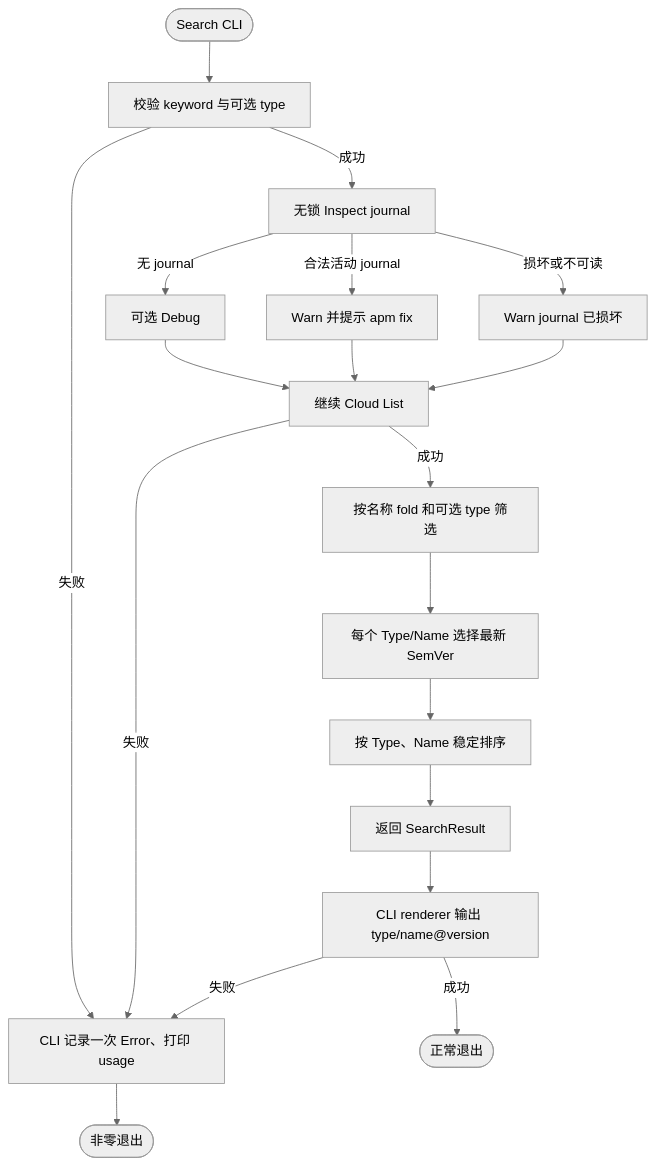
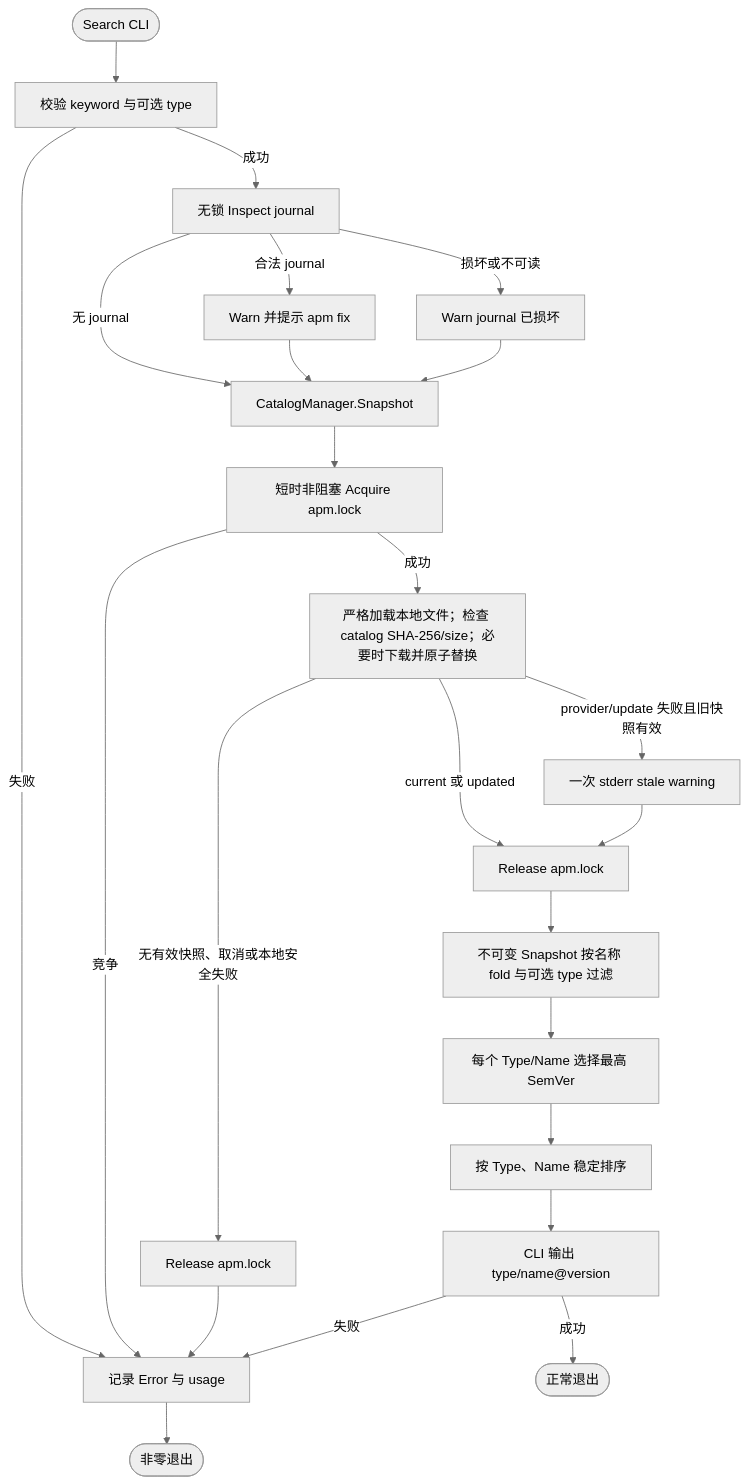
One commit to spacemit-com/agent-power-manager changed the diagram in ivory-tower/c4/components/apm-cli-lifecycle-diagrams/search.mmd. Above: the diagram before and after it, drawn with Mermaid (neutral theme). The commit also changed 17 other files, not shown here.

```diff
--- a/ivory-tower/c4/components/apm-cli-lifecycle-diagrams/search.mmd
+++ b/ivory-tower/c4/components/apm-cli-lifecycle-diagrams/search.mmd
@@ -1,18 +1,23 @@
 flowchart TD
-    SearchStart([Search CLI]) --> SearchValidate[校验 keyword 与可选 type]
-    SearchValidate -->|失败| SearchCLIError[CLI 记录一次 Error、打印 usage] --> SearchExitError([非零退出])
-    SearchValidate -->|成功| Inspect[无锁 Inspect journal]
-    Inspect -->|无 journal| Debug[可选 Debug]
-    Inspect -->|合法活动 journal| Warn[Warn 并提示 apm fix]
-    Inspect -->|损坏或不可读| Damaged[Warn journal 已损坏]
-    Debug --> SearchCloudList[继续 Cloud List]
-    Warn --> SearchCloudList
-    Damaged --> SearchCloudList
-    SearchCloudList -->|失败| SearchCLIError
-    SearchCloudList -->|成功| SearchFilter[按名称 fold 和可选 type 筛选]
-    SearchFilter --> SearchLatest[每个 Type/Name 选择最新 SemVer]
-    SearchLatest --> SearchSort[按 Type、Name 稳定排序]
-    SearchSort --> SearchResult[返回 SearchResult]
-    SearchResult --> SearchRender[CLI renderer 输出 type/name@version]
-    SearchRender -->|失败| SearchCLIError
-    SearchRender -->|成功| SearchExitOK([正常退出])
+    Start([Search CLI]) --> Validate[校验 keyword 与可选 type]
+    Validate -->|失败| CLIError[记录 Error 与 usage] --> ErrorExit([非零退出])
+    Validate -->|成功| Inspect[无锁 Inspect journal]
+    Inspect -->|合法 journal| JournalWarn[Warn 并提示 apm fix]
+    Inspect -->|损坏或不可读| DamagedWarn[Warn journal 已损坏]
+    Inspect -->|无 journal| Snapshot[CatalogManager.Snapshot]
+    JournalWarn --> Snapshot
+    DamagedWarn --> Snapshot
+    Snapshot --> Lock[短时非阻塞 Acquire apm.lock]
+    Lock -->|竞争| CLIError
+    Lock -->|成功| Sync[严格加载本地文件；检查 catalog SHA-256/size；必要时下载并原子替换]
+    Sync -->|无有效快照、取消或本地安全失败| ReleaseError[Release apm.lock]
+    ReleaseError --> CLIError
+    Sync -->|provider/update 失败且旧快照有效| Stale[一次 stderr stale warning]
+    Sync -->|current 或 updated| Release[Release apm.lock]
+    Stale --> Release
+    Release --> Filter[不可变 Snapshot 按名称 fold 与可选 type 过滤]
+    Filter --> Latest[每个 Type/Name 选择最高 SemVer]
+    Latest --> Sort[按 Type、Name 稳定排序]
+    Sort --> Render[CLI 输出 type/name@version]
+    Render -->|成功| OK([正常退出])
+    Render -->|失败| CLIError
```
